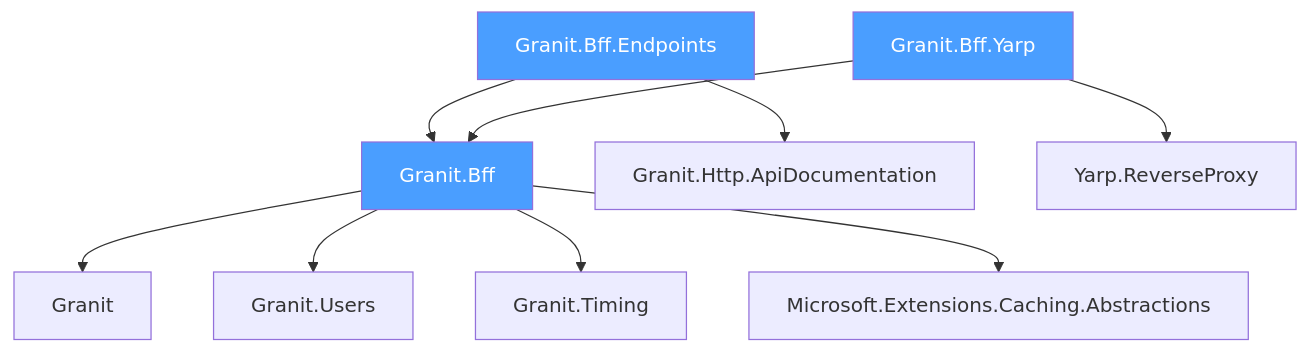
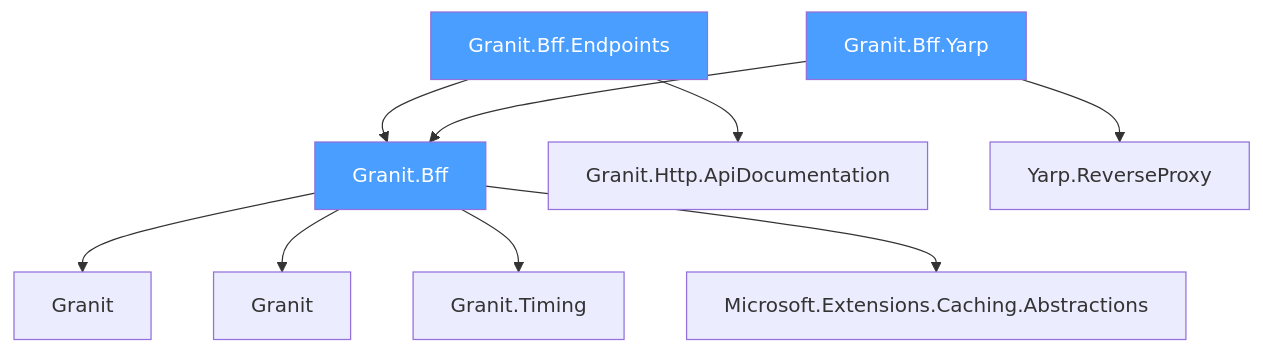
Before and after one commit to granit-fx/granit-docs: the third of 3 diagrams in src/content/docs/dotnet/security/bff/index.mdx, drawn with Mermaid. The commit also changed 13 other files, not shown here.

````diff
--- a/src/content/docs/dotnet/security/bff/index.mdx
+++ b/src/content/docs/dotnet/security/bff/index.mdx
@@ -170,15 +170,15 @@
 ```mermaid
 graph TD
     BFFE[Granit.Bff.Endpoints] --> BFF[Granit.Bff]
     BFFE --> DOC[Granit.Http.ApiDocumentation]
     BFFY[Granit.Bff.Yarp] --> BFF
     BFFY --> YARP[Yarp.ReverseProxy]
     BFF --> CORE[Granit]
-    BFF --> SEC[Granit.Users]
+    BFF --> SEC[Granit]
     BFF --> TIME[Granit.Timing]
     BFF --> CACHE[Microsoft.Extensions.Caching.Abstractions]
 
     style BFF fill:#4a9eff,color:#fff
     style BFFE fill:#4a9eff,color:#fff
     style BFFY fill:#4a9eff,color:#fff
 ```
````
